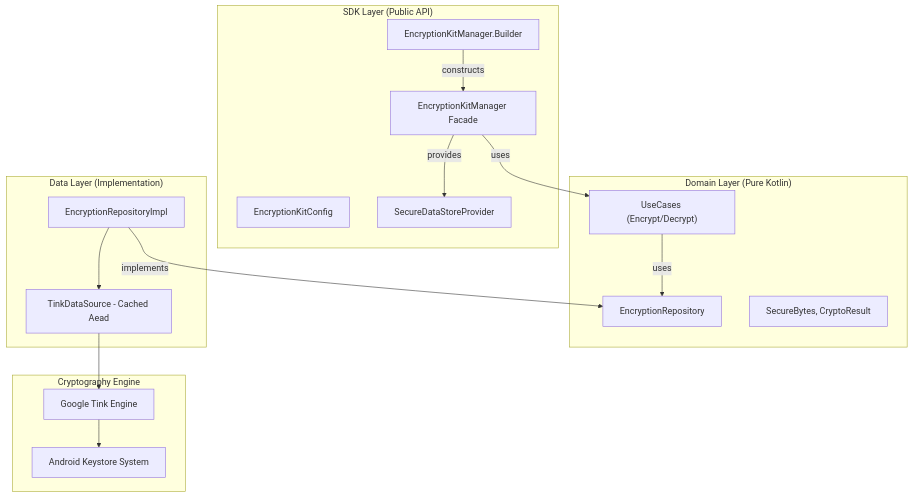
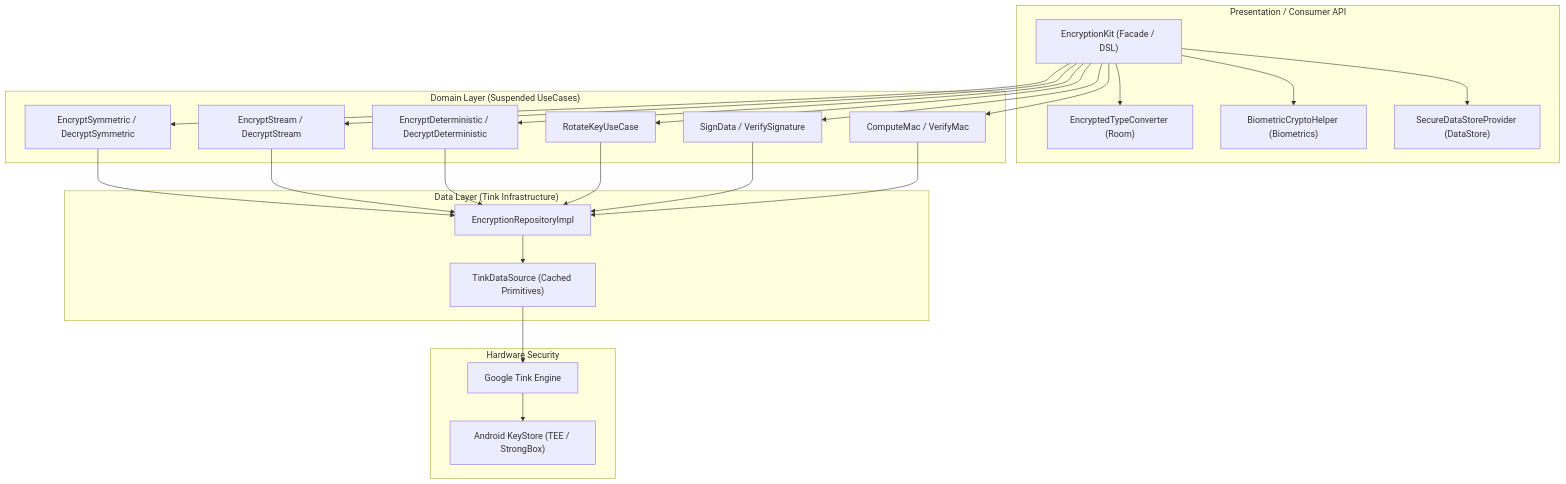
Before and after one commit to joshluq/encryptionkit-android: the diagram in README.md, drawn with Mermaid. The commit also changed other lines of this file and 36 other files, not shown here.

First line of the commit message:
feat: implement advanced cryptographic suite and room/biometric integrations

````diff
--- a/README.md
+++ b/README.md
@@ -22,34 +47,34 @@
 ```mermaid
 graph TD
-    subgraph "SDK Layer (Public API)"
-        Config[EncryptionKitConfig]
-        Builder[EncryptionKitManager.Builder]
-        Facade[EncryptionKitManager Facade]
-        SecStore[SecureDataStoreProvider]
+    subgraph Presentation ["Presentation / Consumer API"]
+        EK["EncryptionKit (Facade / DSL)"]
+        Room["EncryptedTypeConverter (Room)"]
+        Bio["BiometricCryptoHelper (Biometrics)"]
+        DS["SecureDataStoreProvider (DataStore)"]
     end
 
-    subgraph "Domain Layer (Pure Kotlin)"
-        UC["UseCases (Encrypt/Decrypt)"]
-        RepoInterface[EncryptionRepository]
-        Models["SecureBytes, CryptoResult"]
+    subgraph Domain ["Domain Layer (Suspended UseCases)"]
+        StreamUC["EncryptStream / DecryptStream"]
+        DaeadUC["EncryptDeterministic / DecryptDeterministic"]
+        RotateUC["RotateKeyUseCase"]
+        SignUC["SignData / VerifySignature"]
+        MacUC["ComputeMac / VerifyMac"]
+        SymmUC["EncryptSymmetric / DecryptSymmetric"]
     end
 
-    subgraph "Data Layer (Implementation)"
-        RepoImpl[EncryptionRepositoryImpl]
-        TinkDS[TinkDataSource - Cached Aead]
+    subgraph Data ["Data Layer (Tink Infrastructure)"]
+        Repo["EncryptionRepositoryImpl"]
+        TDS["TinkDataSource (Cached Primitives)"]
     end
 
-    subgraph "Cryptography Engine"
-        Tink[Google Tink Engine]
-        KS[Android Keystore System]
+    subgraph Hardware ["Hardware Security"]
+        Tink["Google Tink Engine"]
+        Keystore["Android KeyStore (TEE / StrongBox)"]
     end
 
-    Builder -- constructs --> Facade
-    Facade -- provides --> SecStore
-    Facade -- uses --> UC
-    UC -- uses --> RepoInterface
-    RepoImpl -- implements --> RepoInterface
-    RepoImpl --> TinkDS
-    TinkDS --> Tink
-    Tink --> KS
+    EK --> SymmUC & StreamUC & DaeadUC & RotateUC & SignUC & MacUC
+    EK --> Room & Bio & DS
+    SymmUC & StreamUC & DaeadUC & RotateUC & SignUC & MacUC --> Repo
+    Repo --> TDS
+    TDS --> Tink --> Keystore
 ```
````
